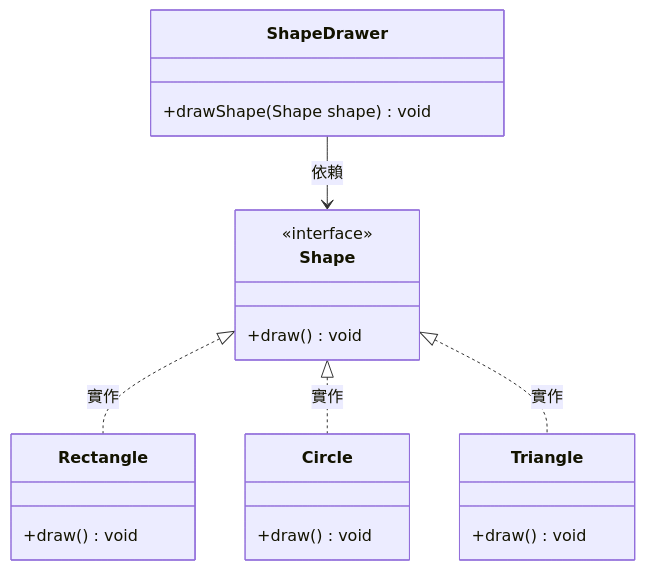
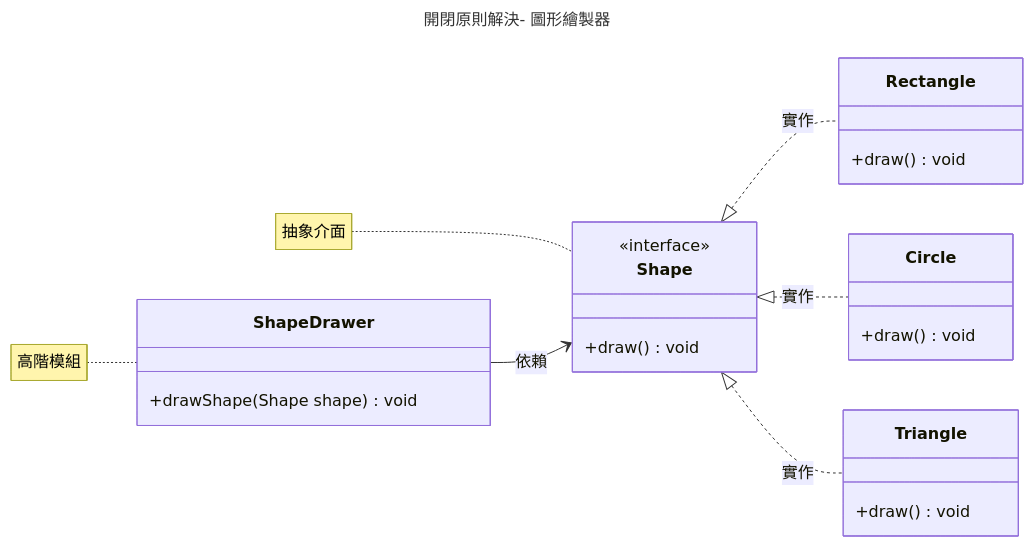
Before and after one commit to nlhsueh/teach_sw_fw: the fourth of 4 diagrams in Part3_Principle/ch07_principle.md, drawn with Mermaid. The commit also changed other lines of this file and 1 other file, not shown here.

Commit message:
style: translate diagram titles and notes to Chinese in ch07 and ch08

````diff
--- a/Part3_Principle/ch07_principle.md
+++ b/Part3_Principle/ch07_principle.md
@@ -839,24 +859,31 @@
 ```mermaid
+---
+title: 開閉原則解決- 圖形繪製器
+---
 classDiagram
+    direction LR
     class Shape {
         <<interface>>
         +draw() void
     }
     class ShapeDrawer {
         +drawShape(Shape shape) void
     }
     class Rectangle {
         +draw() void
     }
     class Circle {
         +draw() void
     }
     class Triangle {
         +draw() void
     }
 
     ShapeDrawer --> Shape : 依賴
     Shape <|.. Rectangle : 實作
     Shape <|.. Circle : 實作
     Shape <|.. Triangle : 實作
+
+    note for Shape "抽象介面"
+    note for ShapeDrawer "高階模組"
 ```
````
